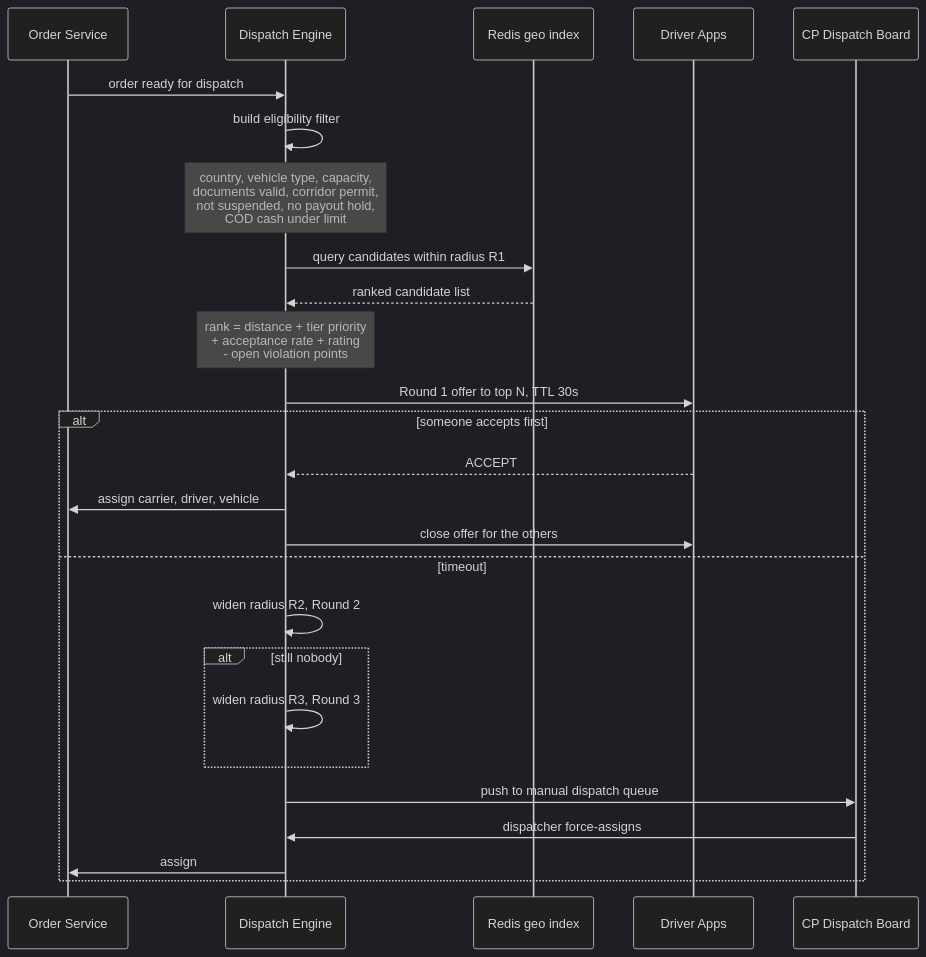
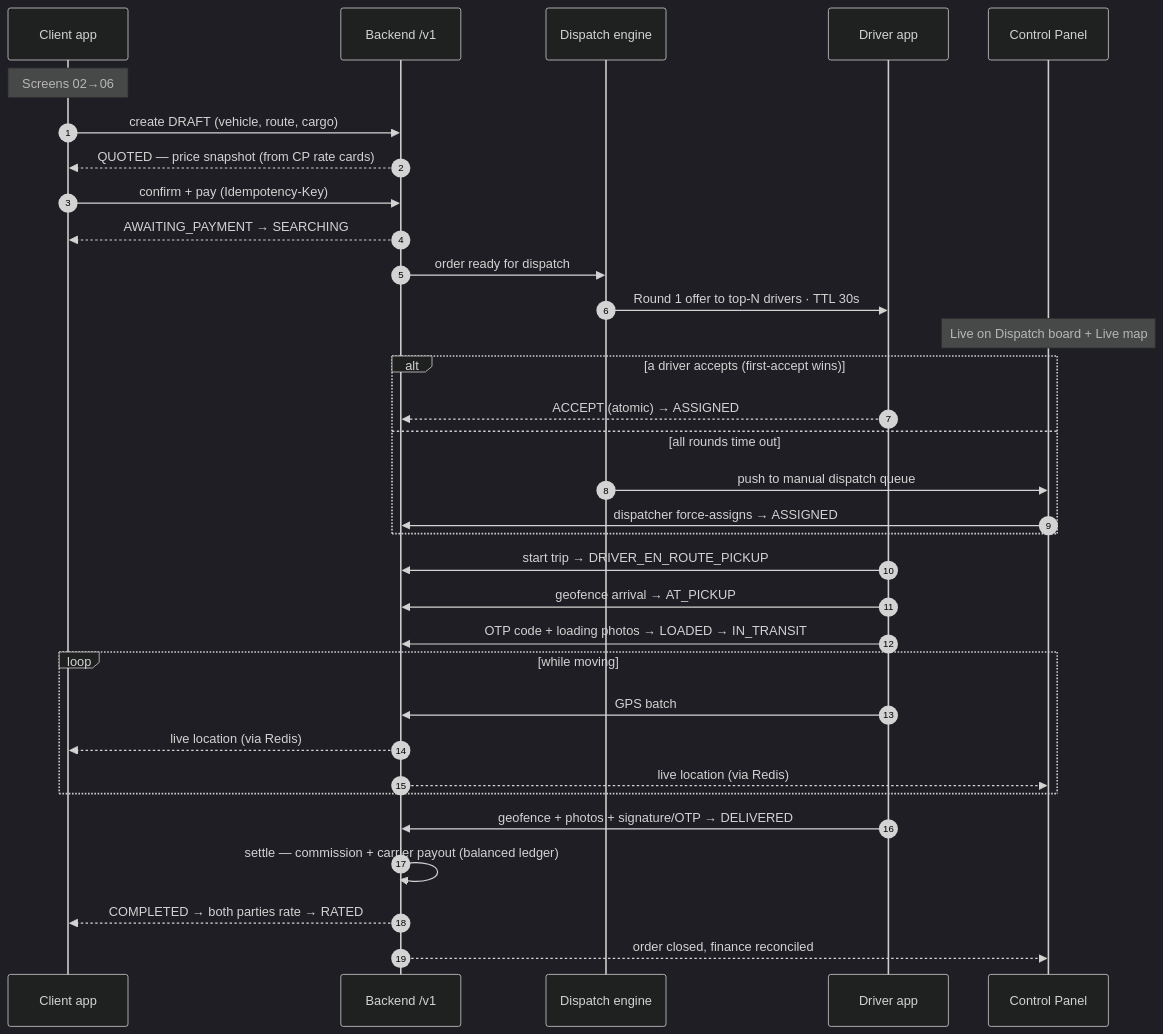
The second of 3 diagrams in README.md (mala3ebjo/next-files), drawn with Mermaid (dark theme) before and after one commit. The commit also changed other lines of this file and 339 other files, not shown here.

````diff
--- a/README.md
+++ b/README.md
@@ -602,29 +86,38 @@
 ```mermaid
 sequenceDiagram
-    participant O as Order Service
-    participant D as Dispatch Engine
-    participant R as Redis geo index
-    participant DR as Driver Apps
-    participant CP as CP Dispatch Board
+    autonumber
+    participant C as Client app
+    participant API as Backend /v1
+    participant DISP as Dispatch engine
+    participant D as Driver app
+    participant CP as Control Panel
 
-    O->>D: order ready for dispatch
-    D->>D: build eligibility filter
-    Note over D: country, vehicle type, capacity,<br/>documents valid, corridor permit,<br/>not suspended, no payout hold,<br/>COD cash under limit
-    D->>R: query candidates within radius R1
-    R-->>D: ranked candidate list
-    Note over D: rank = distance + tier priority<br/>+ acceptance rate + rating<br/>- open violation points
-    D->>DR: Round 1 offer to top N, TTL 30s
-    alt someone accepts first
-        DR-->>D: ACCEPT
-        D->>O: assign carrier, driver, vehicle
-        D->>DR: close offer for the others
-    else timeout
-        D->>D: widen radius R2, Round 2
-        alt still nobody
-            D->>D: widen radius R3, Round 3
-        end
-        D->>CP: push to manual dispatch queue
-        CP->>D: dispatcher force-assigns
-        D->>O: assign
+    Note over C: Screens 02→06
+    C->>API: create DRAFT (vehicle, route, cargo)
+    API-->>C: QUOTED — price snapshot (from CP rate cards)
+    C->>API: confirm + pay (Idempotency-Key)
+    API-->>C: AWAITING_PAYMENT → SEARCHING
+
+    API->>DISP: order ready for dispatch
+    DISP->>D: Round 1 offer to top-N drivers · TTL 30s
+    Note over CP: Live on Dispatch board + Live map
+    alt a driver accepts (first-accept wins)
+        D-->>API: ACCEPT (atomic) → ASSIGNED
+    else all rounds time out
+        DISP->>CP: push to manual dispatch queue
+        CP->>API: dispatcher force-assigns → ASSIGNED
     end
+
+    D->>API: start trip → DRIVER_EN_ROUTE_PICKUP
+    D->>API: geofence arrival → AT_PICKUP
+    D->>API: OTP code + loading photos → LOADED → IN_TRANSIT
+    loop while moving
+        D->>API: GPS batch
+        API-->>C: live location (via Redis)
+        API-->>CP: live location (via Redis)
+    end
+    D->>API: geofence + photos + signature/OTP → DELIVERED
+    API->>API: settle — commission + carrier payout (balanced ledger)
+    API-->>C: COMPLETED → both parties rate → RATED
+    API-->>CP: order closed, finance reconciled
 ```
````
